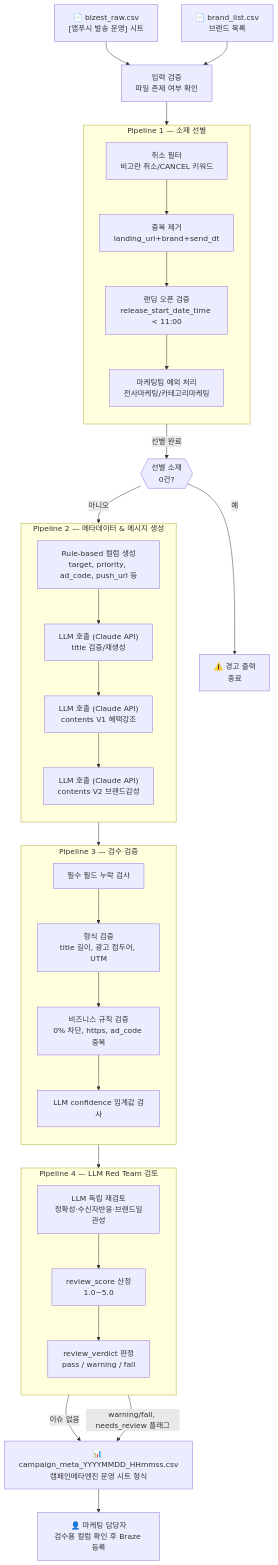
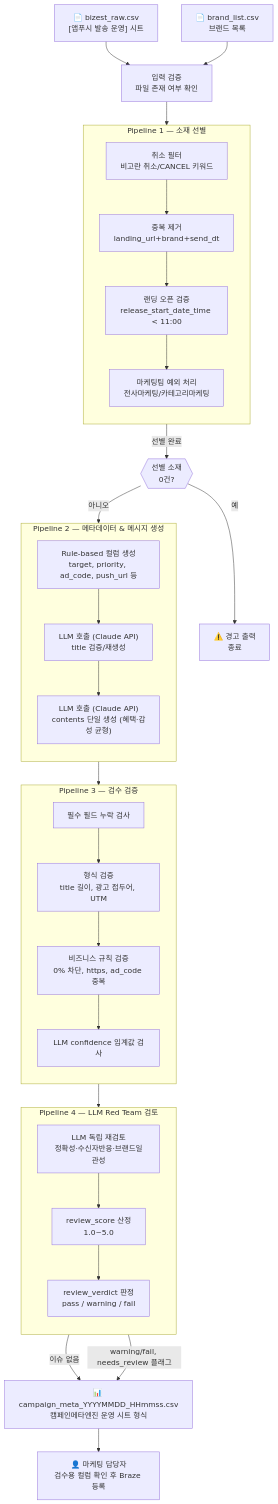
The first of 2 diagrams in push-campaign/docs/flow_overview.md (kyungminkim-ai/martech-project), drawn with Mermaid before and after one commit. The commit also changed other lines of this file and 17 other files, not shown here.

````diff
--- a/push-campaign/docs/flow_overview.md
+++ b/push-campaign/docs/flow_overview.md
@@ -24,52 +24,51 @@
 ```mermaid
 flowchart TD
     A["📄 bizest_raw.csv\n[앱푸시 발송 운영] 시트"] --> C
     B["📄 brand_list.csv\n브랜드 목록"] --> C
 
     C["입력 검증\n파일 존재 여부 확인"] --> P1
 
     subgraph P1["Pipeline 1 — 소재 선별"]
         direction TB
         D1["취소 필터\n비고란 취소/CANCEL 키워드"] --> D2
         D2["중복 제거\nlanding_url+brand+send_dt"] --> D3
         D3["랜딩 오픈 검증\nrelease_start_date_time < 11:00"] --> D4
         D4["마케팅팀 예외 처리\n전사마케팅/카테고리마케팅"]
     end
 
     P1 -->|선별 완료| E{{"선별 소재\n0건?"}}
     E -->|예| F["⚠️ 경고 출력\n종료"]
     E -->|아니오| P2
 
     subgraph P2["Pipeline 2 — 메타데이터 & 메시지 생성"]
         direction TB
         G1["Rule-based 컬럼 생성\ntarget, priority, ad_code, push_url 등"] --> G2
         G2["LLM 호출 (Claude API)\ntitle 검증/재생성"] --> G3
-        G3["LLM 호출 (Claude API)\ncontents V1 혜택강조"] --> G4
-        G4["LLM 호출 (Claude API)\ncontents V2 브랜드감성"]
+        G3["LLM 호출 (Claude API)\ncontents 단일 생성 (혜택·감성 균형)"]
     end
 
     P2 --> P3
 
     subgraph P3["Pipeline 3 — 검수 검증"]
         direction TB
         H1["필수 필드 누락 검사"] --> H2
         H2["형식 검증\ntitle 길이, 광고 접두어, UTM"] --> H3
         H3["비즈니스 규칙 검증\n0% 차단, https, ad_code 중복"] --> H4
         H4["LLM confidence 임계값 검사"]
     end
 
     subgraph P4["Pipeline 4 — LLM Red Team 검토"]
         direction TB
         R1["LLM 독립 재검토\n정확성·수신자반응·브랜드일관성"] --> R2
         R2["review_score 산정\n1.0~5.0"] --> R3
         R3["review_verdict 판정\npass / warning / fail"]
     end
 
     P3 --> P4
     P4 -->|이슈 없음| OUT
     P4 -->|warning/fail, needs_review 플래그| OUT
 
     OUT["📊 campaign_meta_YYYYMMDD_HHmmss.csv\n캠페인메타엔진 운영 시트 형식"]
 
     OUT --> MKT["👤 마케팅 담당자\n검수용 컬럼 확인 후 Braze 등록"]
 ```
````
